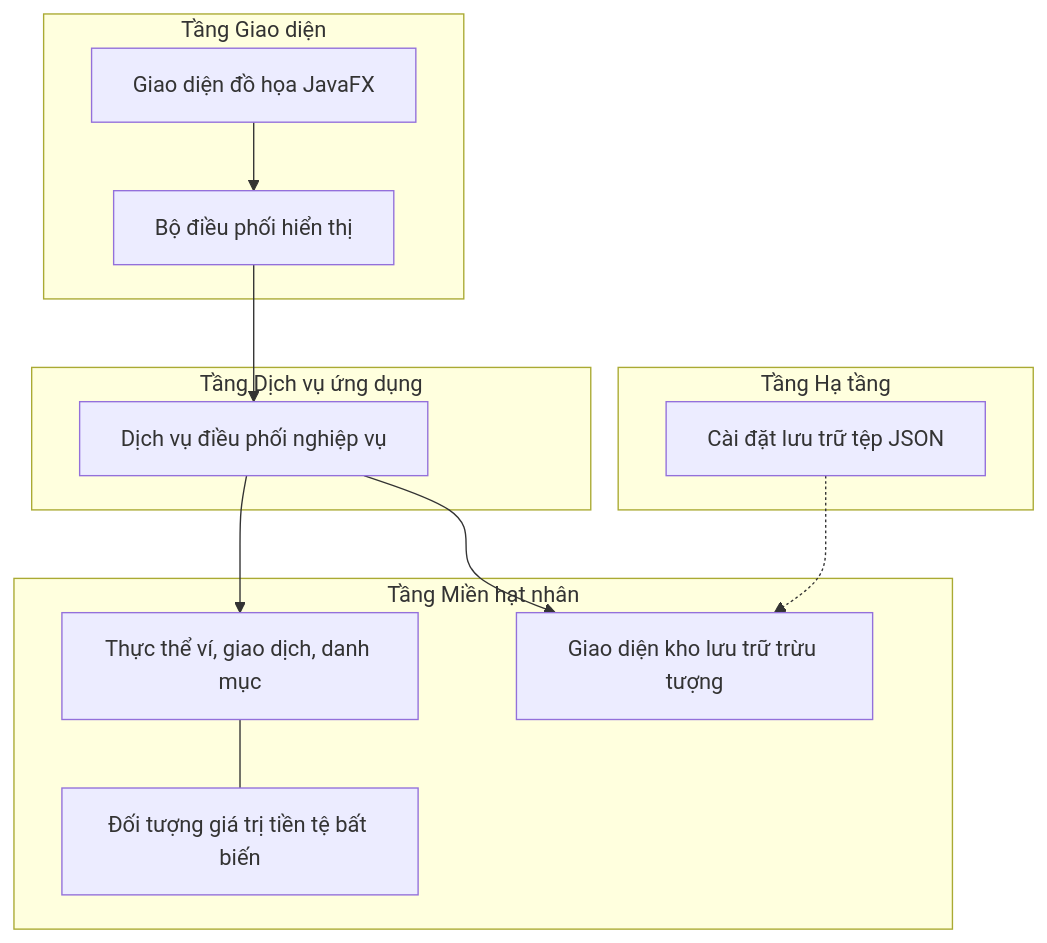
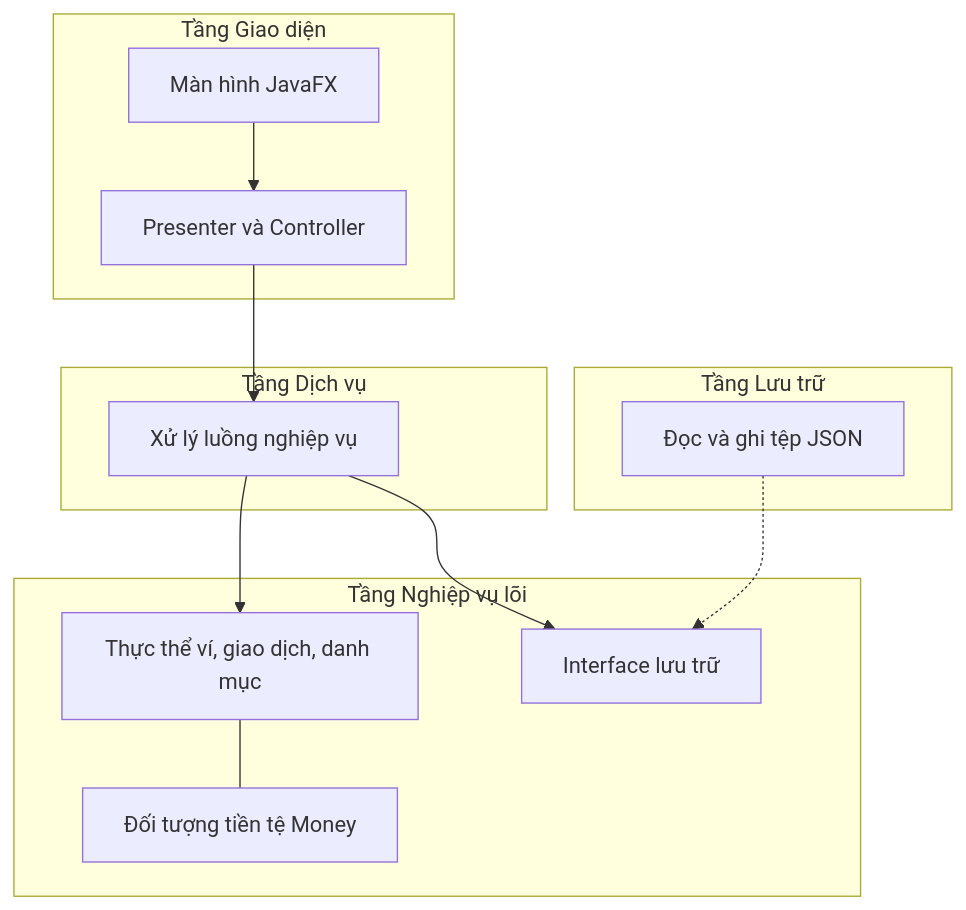
The diagram in README.md (mynhleeh/pfms-oop), drawn with Mermaid before and after one commit. The commit also changed other lines of this file and 2 other files, not shown here.

````diff
--- a/README.md
+++ b/README.md
@@ -20,28 +19,28 @@
 ```mermaid
 graph TD
     subgraph UI["Tầng Giao diện"]
-        View["Giao diện đồ họa JavaFX"]
-        Presenter["Bộ điều phối hiển thị"]
+        View["Màn hình JavaFX"]
+        Presenter["Presenter và Controller"]
         View --> Presenter
     end
 
-    subgraph Service["Tầng Dịch vụ ứng dụng"]
-        AppService["Dịch vụ điều phối nghiệp vụ"]
+    subgraph Service["Tầng Dịch vụ"]
+        AppService["Xử lý luồng nghiệp vụ"]
     end
 
-    subgraph Domain["Tầng Miền hạt nhân"]
+    subgraph Domain["Tầng Nghiệp vụ lõi"]
         Entities["Thực thể ví, giao dịch, danh mục"]
-        VO["Đối tượng giá trị tiền tệ bất biến"]
-        RepoInterface["Giao diện kho lưu trữ trừu tượng"]
+        VO["Đối tượng tiền tệ Money"]
+        RepoInterface["Interface lưu trữ"]
         Entities --- VO
     end
 
-    subgraph Infra["Tầng Hạ tầng"]
-        JsonRepo["Cài đặt lưu trữ tệp JSON"]
+    subgraph Infra["Tầng Lưu trữ"]
+        JsonRepo["Đọc và ghi tệp JSON"]
     end
 
     Presenter --> AppService
     AppService --> Entities
     AppService --> RepoInterface
     JsonRepo -.-> RepoInterface
 ```
````
